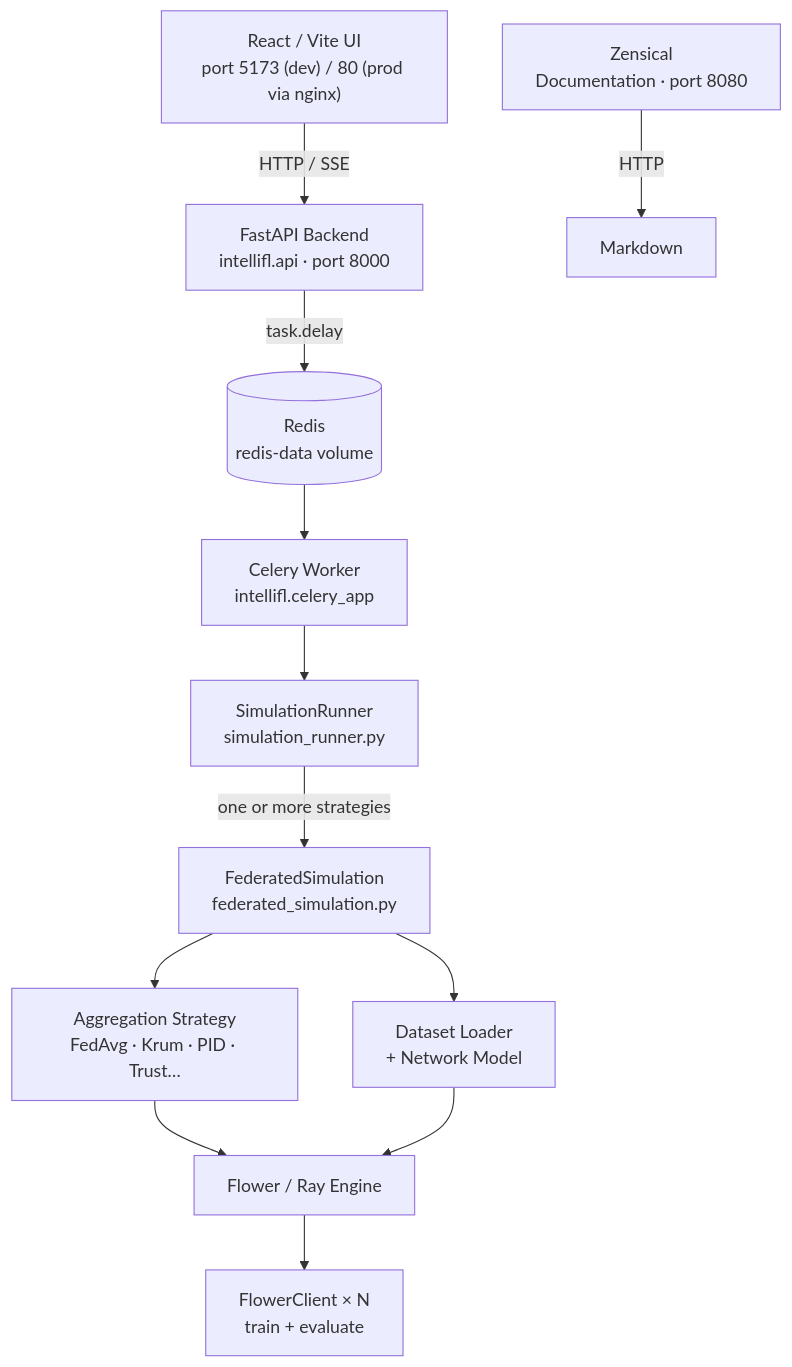
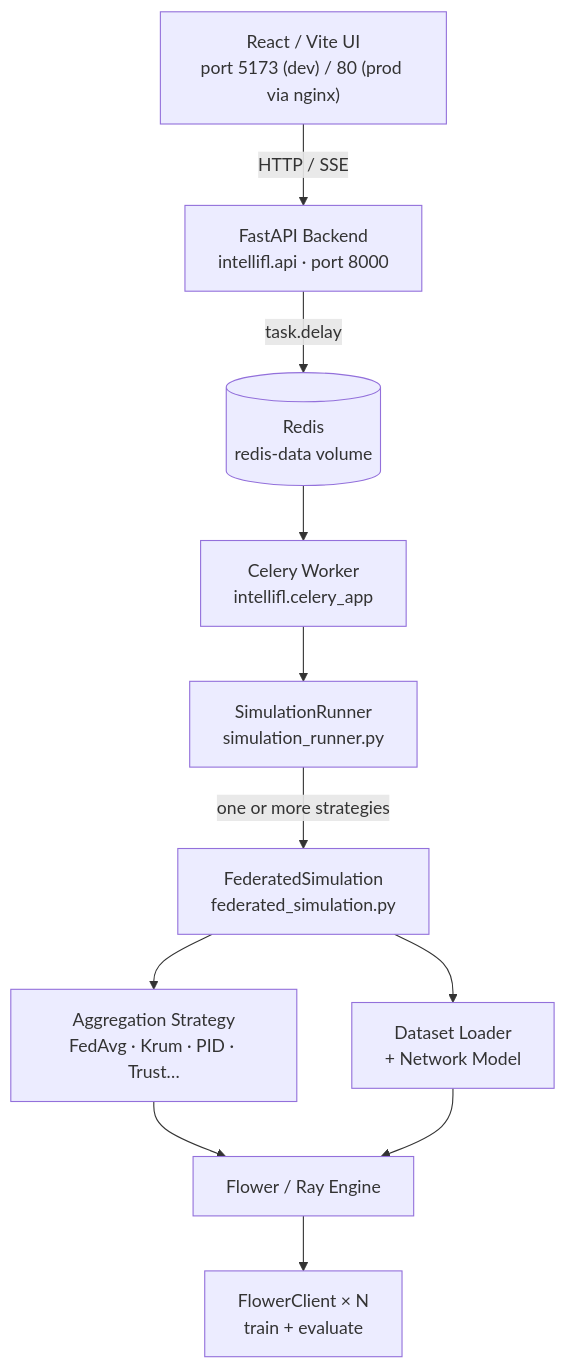
One commit to ajbarea/zensical-projects changed the first of 3 diagrams in intefl/docs/architecture.md. Above: the diagram before and after it, drawn with Mermaid. The commit also changed other lines of this file and 50 other files, not shown here.

````diff
--- a/intefl/docs/architecture.md
+++ b/intefl/docs/architecture.md
@@ -5,26 +5,24 @@
 ```mermaid
 flowchart TD
     UI["React / Vite UI<br/>port 5173 (dev) / 80 (prod via nginx)"]
-    Docs["Zensical<br/>Documentation · port 8080"]
     API["FastAPI Backend<br/>intellifl.api · port 8000"]
     Redis[(Redis<br/>redis-data volume)]
     Celery["Celery Worker<br/>intellifl.celery_app"]
     SR["SimulationRunner<br/>simulation_runner.py"]
     FedSim["FederatedSimulation<br/>federated_simulation.py"]
     Strat["Aggregation Strategy<br/>FedAvg · Krum · PID · Trust…"]
     Data["Dataset Loader<br/>+ Network Model"]
     Flower["Flower / Ray Engine"]
     Clients["FlowerClient × N<br/>train + evaluate"]
 
     UI -->|HTTP / SSE| API
-    Docs -->|HTTP| Markdown
     API -->|task.delay| Redis
     Redis --> Celery
     Celery --> SR
     SR -->|one or more strategies| FedSim
     FedSim --> Strat
     FedSim --> Data
     Strat --> Flower
     Data --> Flower
     Flower --> Clients
 ```
````
